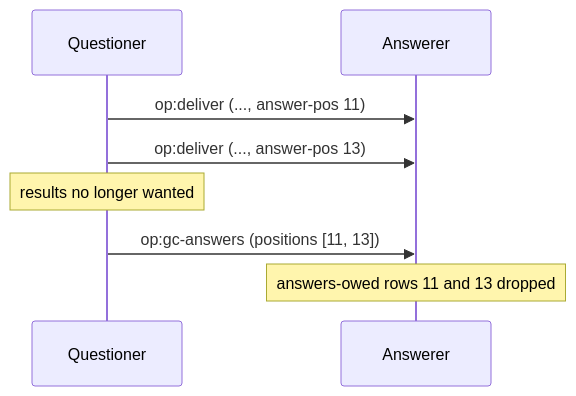
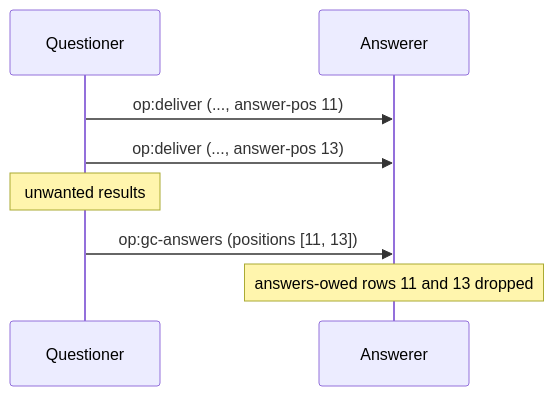
One commit to glowcap-org/glowcap changed the fourth of 4 diagrams in docs/protocol-diagrams/05-gc.md. Above: the diagram before and after it, drawn with Mermaid. The commit also changed 1044 other files, not shown here.

````diff
--- a/docs/protocol-diagrams/05-gc.md
+++ b/docs/protocol-diagrams/05-gc.md
@@ -74,10 +74,10 @@
 ```mermaid
 sequenceDiagram
     participant Q as Questioner
     participant R as Answerer
     Q->>R: op:deliver (..., answer-pos 11)
     Q->>R: op:deliver (..., answer-pos 13)
-    Note over Q: results no longer wanted
+    Note over Q: unwanted results
     Q->>R: op:gc-answers (positions [11, 13])
     Note over R: answers-owed rows 11 and 13 dropped
 ```
````
